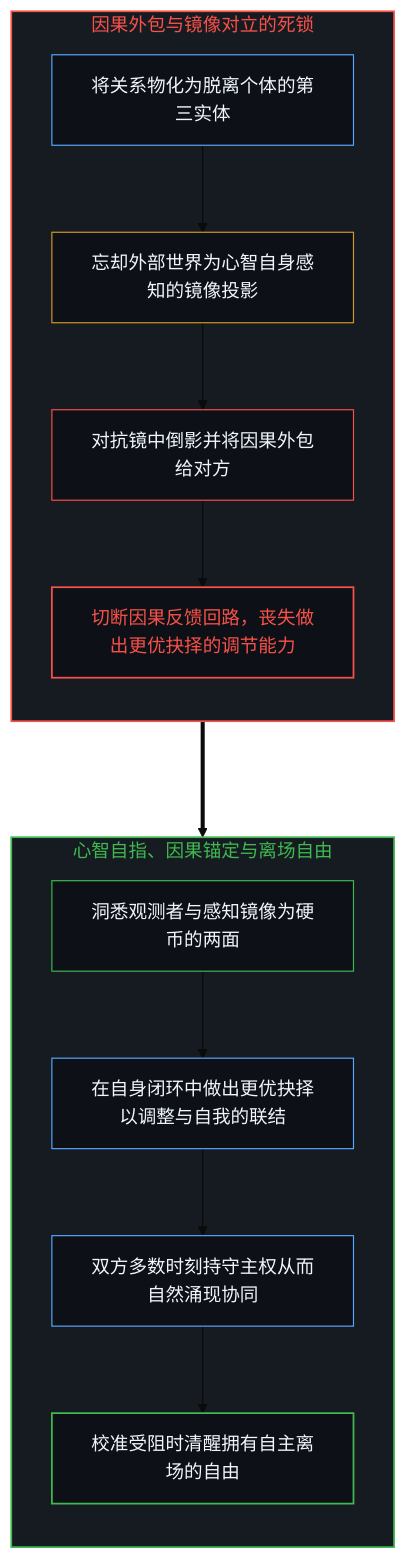
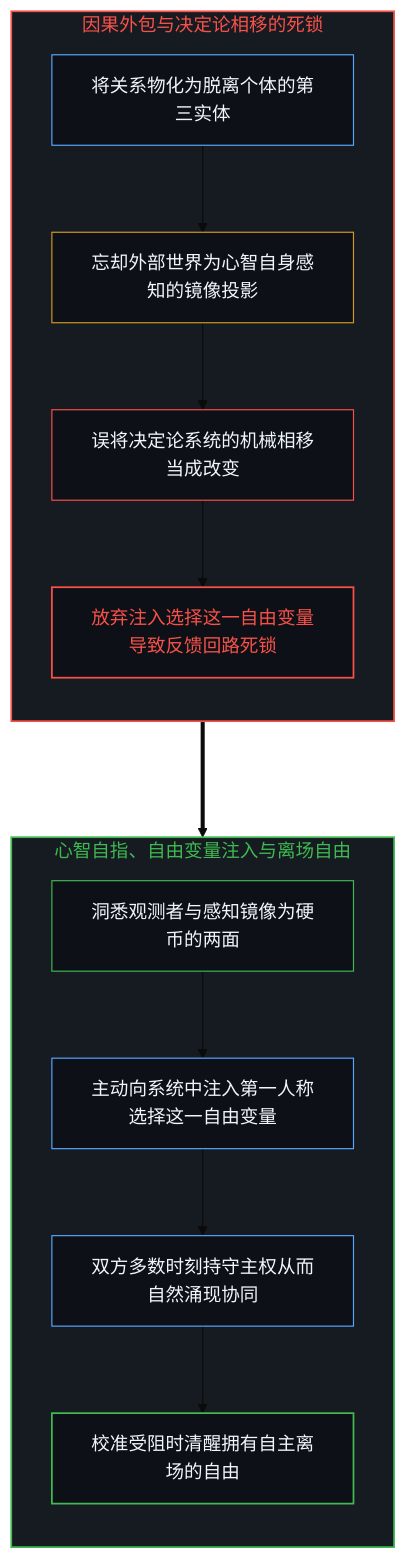
One commit to powerpig99/not-a-toe changed the ninth of 10 diagrams in content/posts/the-causal-inversion-of-partnership.md. Above: the diagram before and after it, drawn with Mermaid (base theme). The commit also changed other lines of this file and 3 other files, not shown here.

````diff
--- a/content/posts/the-causal-inversion-of-partnership.md
+++ b/content/posts/the-causal-inversion-of-partnership.md
@@ -303,29 +303,29 @@
 ```mermaid
 graph TD
-    subgraph S_MirrorOutsource ["因果外包与镜像对立的死锁"]
+    subgraph S_MirrorOutsource ["因果外包与决定论相移的死锁"]
         direction TB
         O_Reify["将关系物化为脱离个体的第三实体"] --> O_Projection["忘却外部世界为心智自身感知的镜像投影"]
-        O_Projection --> O_Blame["对抗镜中倒影并将因果外包给对方"]
-        O_Blame --> O_Cut["切断因果反馈回路，丧失做出更优抉择的调节能力"]
+        O_Projection --> O_PhaseShift["误将决定论系统的机械相移当成改变"]
+        O_PhaseShift --> O_Cut["放弃注入选择这一自由变量导致反馈回路死锁"]
     end
 
-    subgraph S_SelfReferential ["心智自指、因果锚定与离场自由"]
+    subgraph S_SelfReferential ["心智自指、自由变量注入与离场自由"]
         direction TB
-        S_Coin["洞悉观测者与感知镜像为硬币的两面"] --> S_Action["在自身闭环中做出更优抉择以调整与自我的联结"]
-        S_Action --> S_Emergence["双方多数时刻持守主权从而自然涌现协同"]
+        S_Coin["洞悉观测者与感知镜像为硬币的两面"] --> S_Inject["主动向系统中注入第一人称选择这一自由变量"]
+        S_Inject --> S_Emergence["双方多数时刻持守主权从而自然涌现协同"]
         S_Emergence --> S_Freedom["校准受阻时清醒拥有自主离场的自由"]
     end
 
     O_Cut ===> S_Coin
 
     style S_MirrorOutsource fill:#161b22,stroke:#f85149,stroke-width:1.5px,color:#f85149
     style S_SelfReferential fill:#161b22,stroke:#3fb950,stroke-width:1.5px,color:#3fb950
     style O_Reify fill:#0d1117,stroke:#58a6ff,stroke-width:1px,color:#f0f6fc
     style O_Projection fill:#0d1117,stroke:#d29922,stroke-width:1px,color:#f0f6fc
-    style O_Blame fill:#0d1117,stroke:#f85149,stroke-width:1px,color:#f0f6fc
+    style O_PhaseShift fill:#0d1117,stroke:#f85149,stroke-width:1px,color:#f0f6fc
     style O_Cut fill:#0d1117,stroke:#f85149,stroke-width:1.5px,color:#f85149
     style S_Coin fill:#0d1117,stroke:#3fb950,stroke-width:1px,color:#f0f6fc
-    style S_Action fill:#0d1117,stroke:#58a6ff,stroke-width:1px,color:#f0f6fc
+    style S_Inject fill:#0d1117,stroke:#58a6ff,stroke-width:1px,color:#f0f6fc
     style S_Emergence fill:#0d1117,stroke:#58a6ff,stroke-width:1px,color:#f0f6fc
     style S_Freedom fill:#0d1117,stroke:#3fb950,stroke-width:1.5px,color:#f0f6fc
 ```
````
